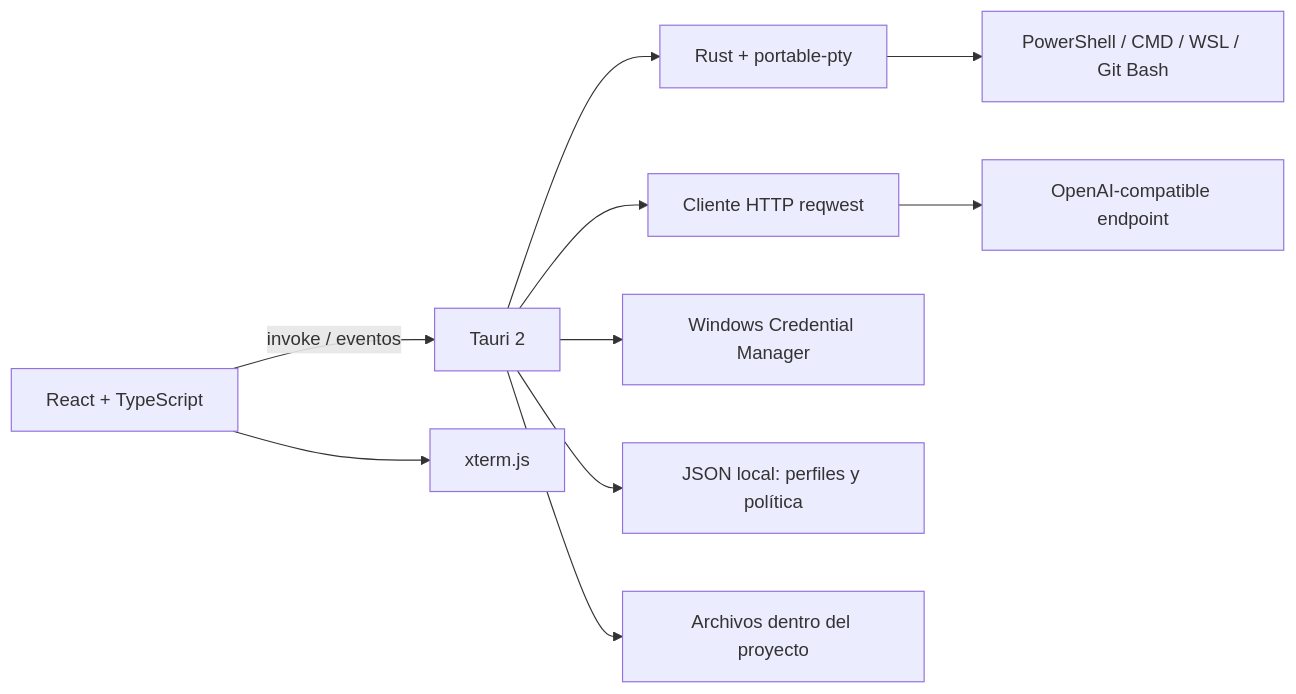
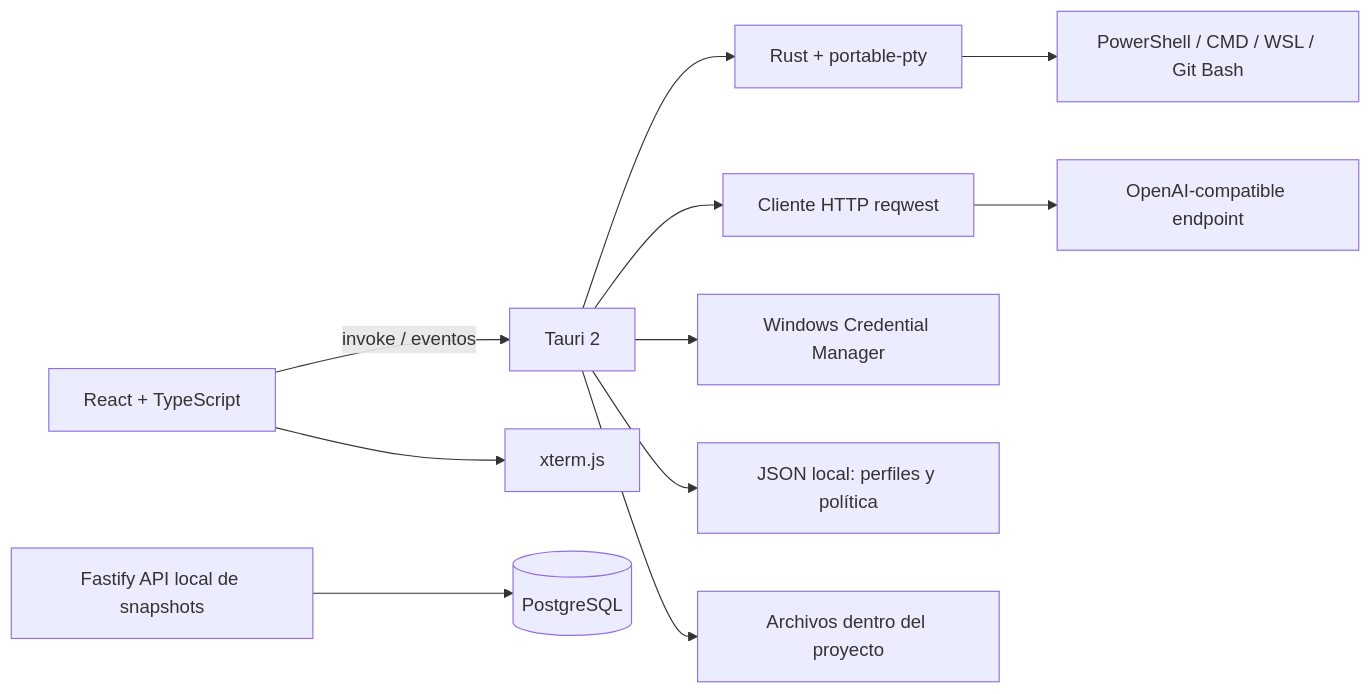
The first of 4 diagrams in docs/architecture/overview.md (elkangri23/laural), drawn with Mermaid before and after one commit. The commit also changed other lines of this file and 37 other files, not shown here.

````diff
--- a/docs/architecture/overview.md
+++ b/docs/architecture/overview.md
@@ -9,12 +9,13 @@
 ```mermaid
 flowchart LR
   UI[React + TypeScript] -->|invoke / eventos| Tauri[Tauri 2]
   UI --> XTerm[xterm.js]
   Tauri --> PTY[Rust + portable-pty]
   PTY --> Shells[PowerShell / CMD / WSL / Git Bash]
   Tauri --> Provider[Cliente HTTP reqwest]
   Provider --> API[OpenAI-compatible endpoint]
   Tauri --> Keyring[Windows Credential Manager]
   Tauri --> Config[JSON local: perfiles y política]
   Tauri --> Project[Archivos dentro del proyecto]
+  SyncAPI[Fastify API local de snapshots] --> SyncDB[(PostgreSQL)]
 ```
````
